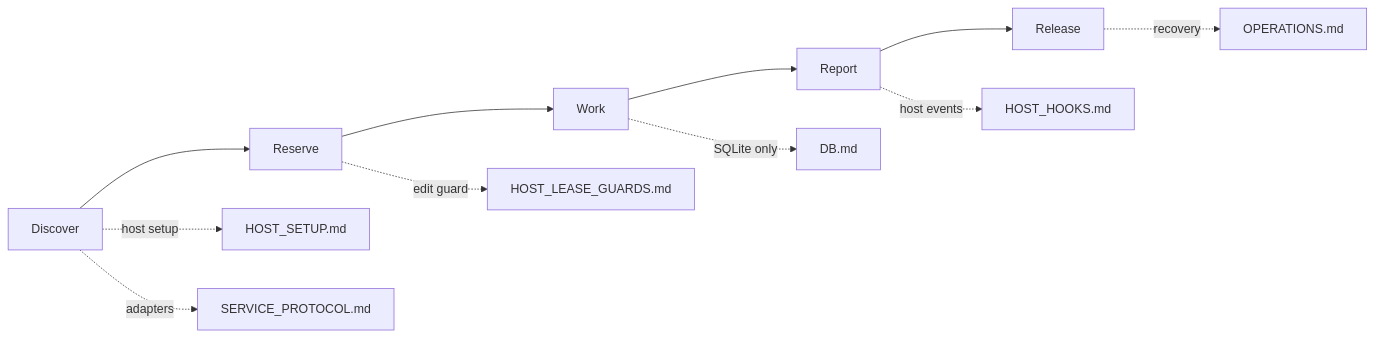
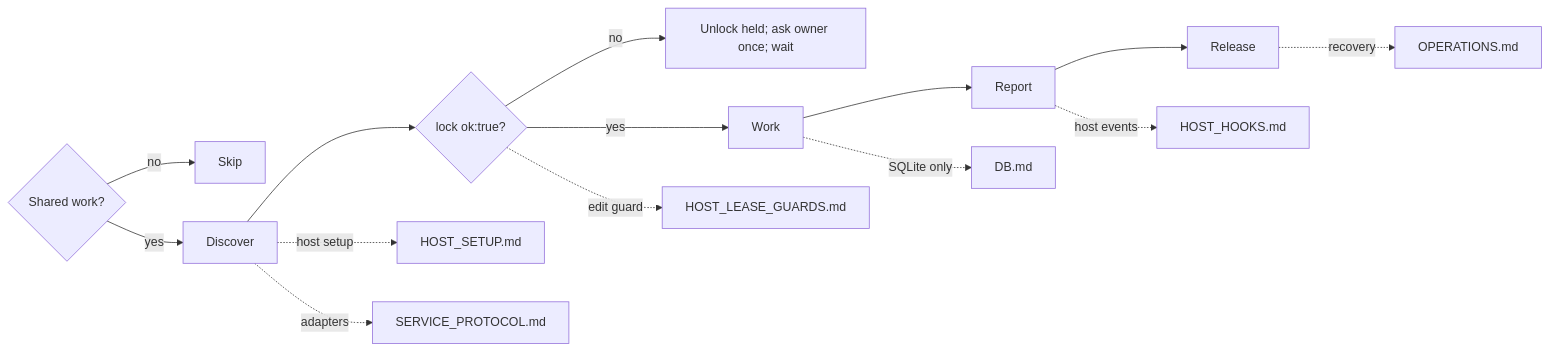
One commit to bgauryy/octocode changed the diagram in skills/octocode-agents-communication/SKILL.md. Above: the diagram before and after it, drawn with Mermaid. The commit also changed other lines of this file and 374 other files, not shown here.

````diff
--- a/skills/octocode-agents-communication/SKILL.md
+++ b/skills/octocode-agents-communication/SKILL.md
@@ -10,10 +9,13 @@
 ```mermaid
 flowchart LR
-  D[Discover] --> R[Reserve] --> W[Work] --> P[Report] --> L[Release]
+  T{Shared work?} -- no --> X[Skip]
+  T -- yes --> D[Discover] --> R{"lock ok:true?"}
+  R -- no --> Q["Unlock held; ask owner once; wait"]
+  R -- yes --> W[Work] --> P[Report] --> L[Release]
   D -. "host setup" .-> S["HOST_SETUP.md"]
   D -. "adapters" .-> V["SERVICE_PROTOCOL.md"]
   R -. "edit guard" .-> G["HOST_LEASE_GUARDS.md"]
   W -. "SQLite only" .-> B["DB.md"]
   P -. "host events" .-> H["HOST_HOOKS.md"]
   L -. "recovery" .-> O["OPERATIONS.md"]
 ```
````
